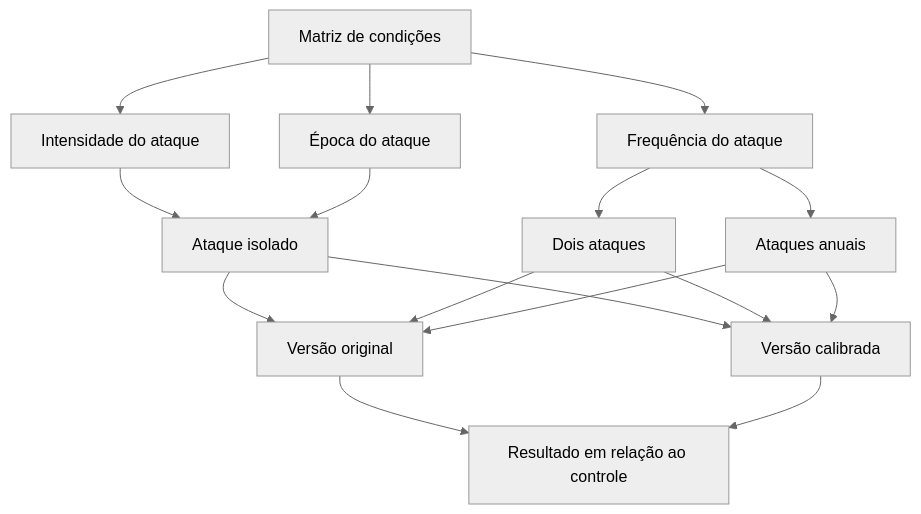
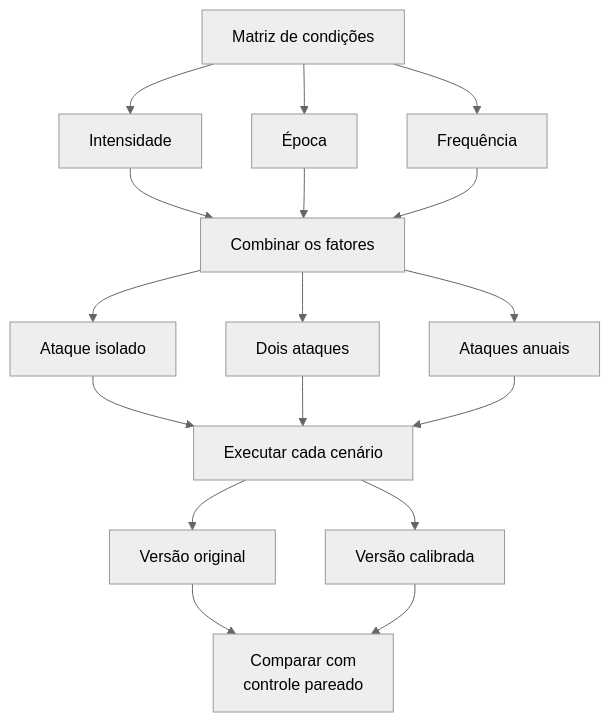
Before and after one commit to beteixeira135-cmyk/Akademia: the diagram in handoff_claude/diagramas/03-cenarios.mmd, drawn with Mermaid (neutral theme). The commit also changed 22 other files, not shown here.

```diff
--- a/handoff_claude/diagramas/03-cenarios.mmd
+++ b/handoff_claude/diagramas/03-cenarios.mmd
@@ -1,16 +1,17 @@
 flowchart TB
-    A["Matriz de condições"] --> B["Intensidade do ataque"]
-    A --> C["Época do ataque"]
-    A --> D["Frequência do ataque"]
-    B --> E["Ataque isolado"]
+    A["Matriz de condições"] --> B["Intensidade"]
+    A --> C["Época"]
+    A --> D["Frequência"]
+    B --> E["Combinar os fatores"]
     C --> E
-    D --> F["Dois ataques"]
-    D --> G["Ataques anuais"]
-    E --> H["Versão original"]
-    F --> H
-    G --> H
-    E --> I["Versão calibrada"]
-    F --> I
+    D --> E
+    E --> F["Ataque isolado"]
+    E --> G["Dois ataques"]
+    E --> H["Ataques anuais"]
+    F --> I["Executar cada cenário"]
     G --> I
-    H --> J["Resultado em relação ao controle"]
-    I --> J
+    H --> I
+    I --> J["Versão original"]
+    I --> K["Versão calibrada"]
+    J --> L["Comparar com<br/>controle pareado"]
+    K --> L
```
